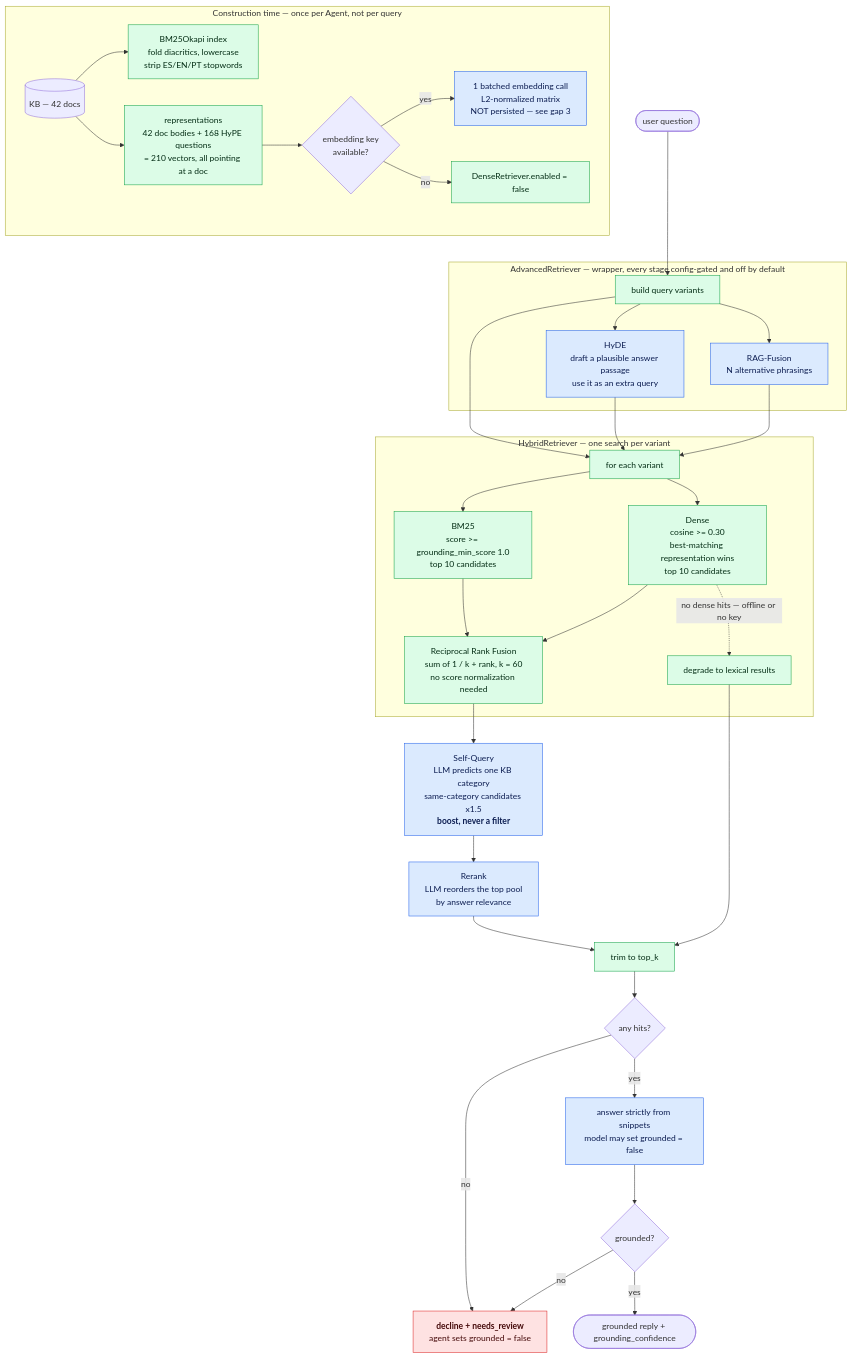
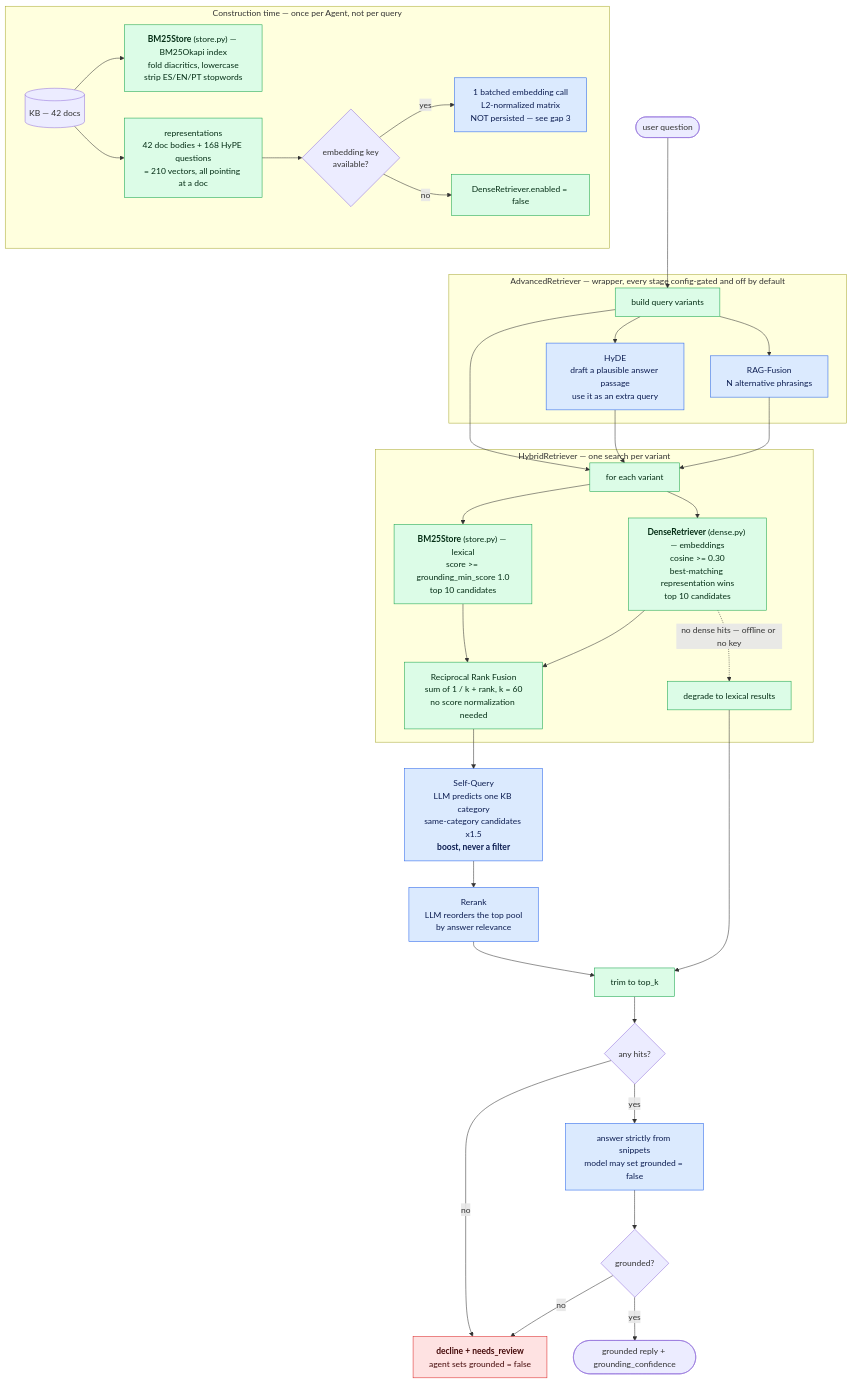
Before and after one commit to Deyber2000/zapp-ai-agent: the diagram in docs/layer-2-retrieval.md, drawn with Mermaid. The commit also changed 1 other file, not shown here.

Commit message:
docs: name components in the layer 1 & 2 diagrams
Complete the diagram refresh: layer-1 pipeline boxes now name their functions
(validate_documents, chunk_text, build_kb in ingestion/*), and layer-2's
generic BM25/Dense boxes become BM25Store (store.py) and DenseRetriever
(dense.py). Counts verified current (42 docs, 168 HyPE questions, 210 vectors).

````diff
--- a/docs/layer-2-retrieval.md
+++ b/docs/layer-2-retrieval.md
@@ -10,50 +10,50 @@
 ```mermaid
 flowchart TB
     subgraph boot["Construction time — once per Agent, not per query"]
-        KB[("KB — 42 docs")] --> IDX["BM25Okapi index<br/>fold diacritics, lowercase<br/>strip ES/EN/PT stopwords"]
+        KB[("KB — 42 docs")] --> IDX["<b>BM25Store</b> (store.py) — BM25Okapi index<br/>fold diacritics, lowercase<br/>strip ES/EN/PT stopwords"]
         KB --> REP["representations<br/>42 doc bodies + 168 HyPE questions<br/>= 210 vectors, all pointing at a doc"]
         REP --> KEY{"embedding key<br/>available?"}
         KEY -->|yes| VEC["1 batched embedding call<br/>L2-normalized matrix<br/>NOT persisted — see gap 3"]
         KEY -->|no| DIS["DenseRetriever.enabled = false"]
     end
 
     QRY(["user question"]) --> EXP
 
     subgraph advanced["AdvancedRetriever — wrapper, every stage config-gated and off by default"]
         EXP["build query variants"]
         EXP --> HY["HyDE<br/>draft a plausible answer passage<br/>use it as an extra query"]
         EXP --> RF["RAG-Fusion<br/>N alternative phrasings"]
     end
 
     EXP --> BASE
     HY --> BASE
     RF --> BASE
 
     subgraph hybrid["HybridRetriever — one search per variant"]
-        BASE["for each variant"] --> SP["BM25<br/>score >= grounding_min_score 1.0<br/>top 10 candidates"]
-        BASE --> DN["Dense<br/>cosine >= 0.30<br/>best-matching representation wins<br/>top 10 candidates"]
+        BASE["for each variant"] --> SP["<b>BM25Store</b> (store.py) — lexical<br/>score >= grounding_min_score 1.0<br/>top 10 candidates"]
+        BASE --> DN["<b>DenseRetriever</b> (dense.py) — embeddings<br/>cosine >= 0.30<br/>best-matching representation wins<br/>top 10 candidates"]
         SP --> RRF
         DN --> RRF
         DN -.->|"no dense hits — offline or no key"| DEG["degrade to lexical results"]
         RRF["Reciprocal Rank Fusion<br/>sum of 1 / k + rank, k = 60<br/>no score normalization needed"]
     end
 
     RRF --> SQ["Self-Query<br/>LLM predicts one KB category<br/>same-category candidates x1.5<br/><b>boost, never a filter</b>"]
     SQ --> RR["Rerank<br/>LLM reorders the top pool<br/>by answer relevance"]
     RR --> TRIM["trim to top_k"]
     DEG --> TRIM
 
     TRIM --> HITS{"any hits?"}
     HITS -->|no| DECL["<b>decline + needs_review</b><br/>agent sets grounded = false"]
     HITS -->|yes| ANS["answer strictly from snippets<br/>model may set grounded = false"]
     ANS --> G2{"grounded?"}
     G2 -->|no| DECL
     G2 -->|yes| OK(["grounded reply + grounding_confidence"])
 
     classDef det fill:#dcfce7,stroke:#16a34a,color:#052e16;
     classDef llm fill:#dbeafe,stroke:#2563eb,color:#0c1d51;
     classDef safe fill:#fee2e2,stroke:#dc2626,color:#450a0a;
     class IDX,REP,SP,DN,RRF,TRIM,DEG,DIS,EXP,BASE det;
     class VEC,HY,RF,SQ,RR,ANS llm;
     class DECL safe;
 ```
````
